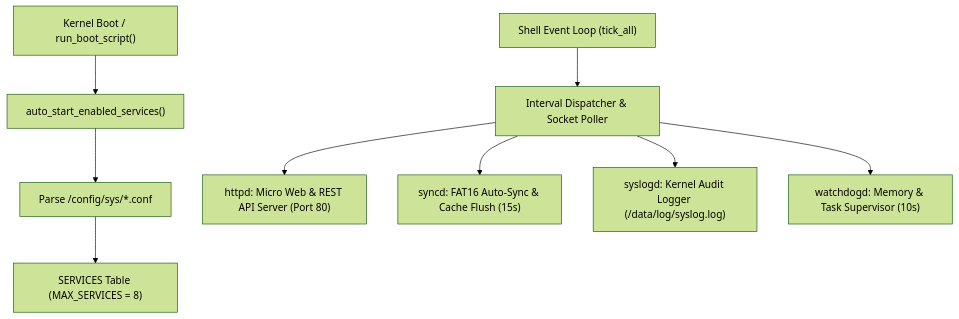
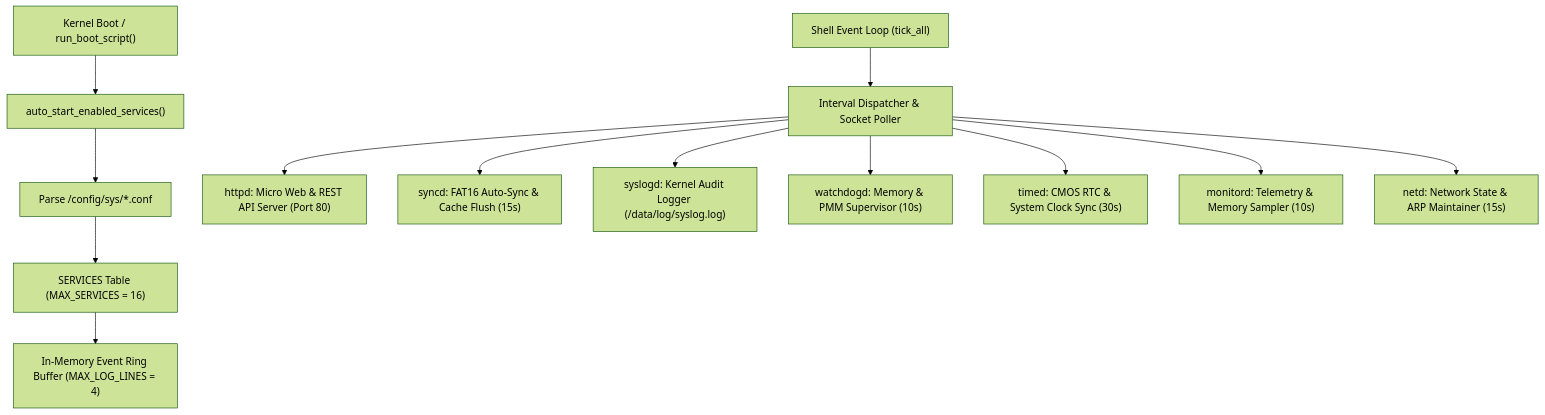
One commit to mrvlous/keira changed the diagram in docs/shell/service.md. Above: the diagram before and after it, drawn with Mermaid (forest theme). The commit also changed other lines of this file and 6 other files, not shown here.

Commit message:
feat(shell/service): expand ksvc background daemons, in-memory log ring and telemetry diagnostics

````diff
--- a/docs/shell/service.md
+++ b/docs/shell/service.md
@@ -11,11 +11,15 @@
 ```mermaid
 graph TD
     KernelBoot["Kernel Boot / run_boot_script()"] --> InitSvc["auto_start_enabled_services()"]
     InitSvc --> ConfReader["Parse /config/sys/*.conf"]
-    ConfReader --> SvcTable["SERVICES Table (MAX_SERVICES = 8)"]
+    ConfReader --> SvcTable["SERVICES Table (MAX_SERVICES = 16)"]
     ShellRunloop["Shell Event Loop (tick_all)"] --> Dispatch["Interval Dispatcher & Socket Poller"]
     Dispatch --> Httpd["httpd: Micro Web & REST API Server (Port 80)"]
     Dispatch --> Syncd["syncd: FAT16 Auto-Sync & Cache Flush (15s)"]
     Dispatch --> Syslogd["syslogd: Kernel Audit Logger (/data/log/syslog.log)"]
-    Dispatch --> Watchdogd["watchdogd: Memory & Task Supervisor (10s)"]
+    Dispatch --> Watchdogd["watchdogd: Memory & PMM Supervisor (10s)"]
+    Dispatch --> Timed["timed: CMOS RTC & System Clock Sync (30s)"]
+    Dispatch --> Monitord["monitord: Telemetry & Memory Sampler (10s)"]
+    Dispatch --> Netd["netd: Network State & ARP Maintainer (15s)"]
+    SvcTable --> LogRing["In-Memory Event Ring Buffer (MAX_LOG_LINES = 4)"]
 ```
````
